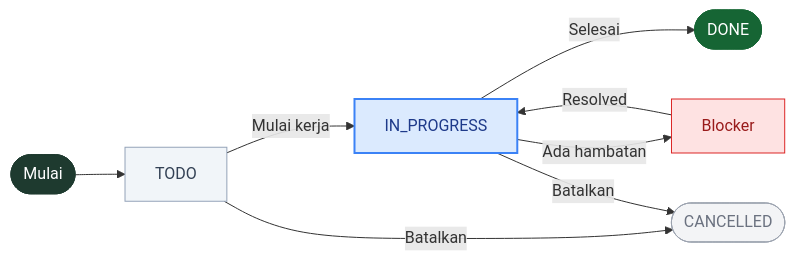
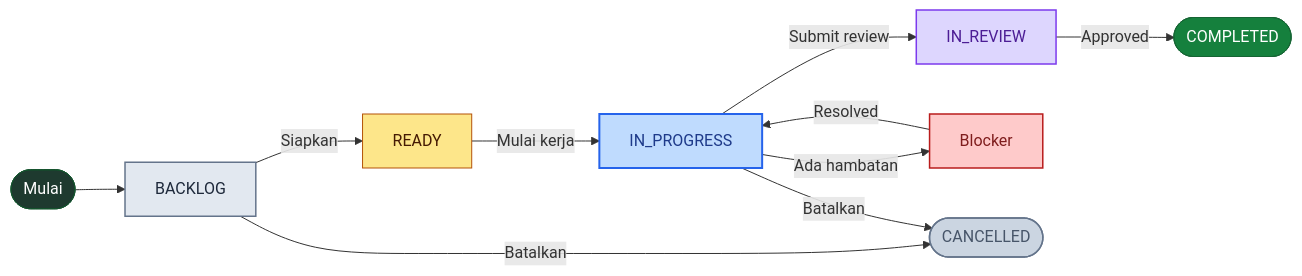
One commit to alifnrmdhn-create/atlas-fullstack changed the fifth of 8 diagrams in docs/ATLAS_PLAYBOOK.md. Above: the diagram before and after it, drawn with Mermaid. The commit also changed other lines of this file and 38 other files, not shown here.

````diff
--- a/docs/ATLAS_PLAYBOOK.md
+++ b/docs/ATLAS_PLAYBOOK.md
@@ -134,17 +164,21 @@
 ```mermaid
 flowchart LR
-    C([Mulai]):::start --> Todo[TODO]:::neutral
-    Todo -->|Mulai kerja| Prog[IN_PROGRESS]:::active
-    Prog -->|Selesai| Done([DONE]):::done
+    C([Mulai]):::start --> Todo[BACKLOG]:::neutral
+    Todo -->|Siapkan| Ready[READY]:::ready
+    Ready -->|Mulai kerja| Prog[IN_PROGRESS]:::active
+    Prog -->|Submit review| Rev[IN_REVIEW]:::review
+    Rev -->|Approved| Done([COMPLETED]):::done
     Prog -->|Ada hambatan| Block[Blocker]:::err
     Block -->|Resolved| Prog
     Todo -->|Batalkan| Cancel([CANCELLED]):::cancel
     Prog -->|Batalkan| Cancel
 
-    classDef start   fill:#1e3a2f,stroke:#1e3a2f,color:#fff
-    classDef done    fill:#166534,stroke:#166534,color:#fff
-    classDef active  fill:#dbeafe,stroke:#3b82f6,color:#1e3a8a,stroke-width:2px
-    classDef err     fill:#fee2e2,stroke:#dc2626,color:#991b1b
-    classDef neutral fill:#f1f5f9,stroke:#94a3b8,color:#334155
-    classDef cancel  fill:#f3f4f6,stroke:#9ca3af,color:#6b7280
+    classDef start   fill:#1e3a2f,stroke:#14532d,color:#ffffff
+    classDef done    fill:#15803d,stroke:#166534,color:#ffffff
+    classDef active  fill:#bfdbfe,stroke:#2563eb,color:#1e3a8a,stroke-width:2px
+    classDef ready   fill:#fde68a,stroke:#b45309,color:#451a03
+    classDef review  fill:#ddd6fe,stroke:#7c3aed,color:#4c1d95,stroke-width:1.5px
+    classDef err     fill:#fecaca,stroke:#b91c1c,color:#7f1d1d,stroke-width:1.5px
+    classDef neutral fill:#e2e8f0,stroke:#64748b,color:#1e293b,stroke-width:1.5px
+    classDef cancel  fill:#cbd5e1,stroke:#64748b,color:#475569,stroke-width:1.5px
 ```
````
